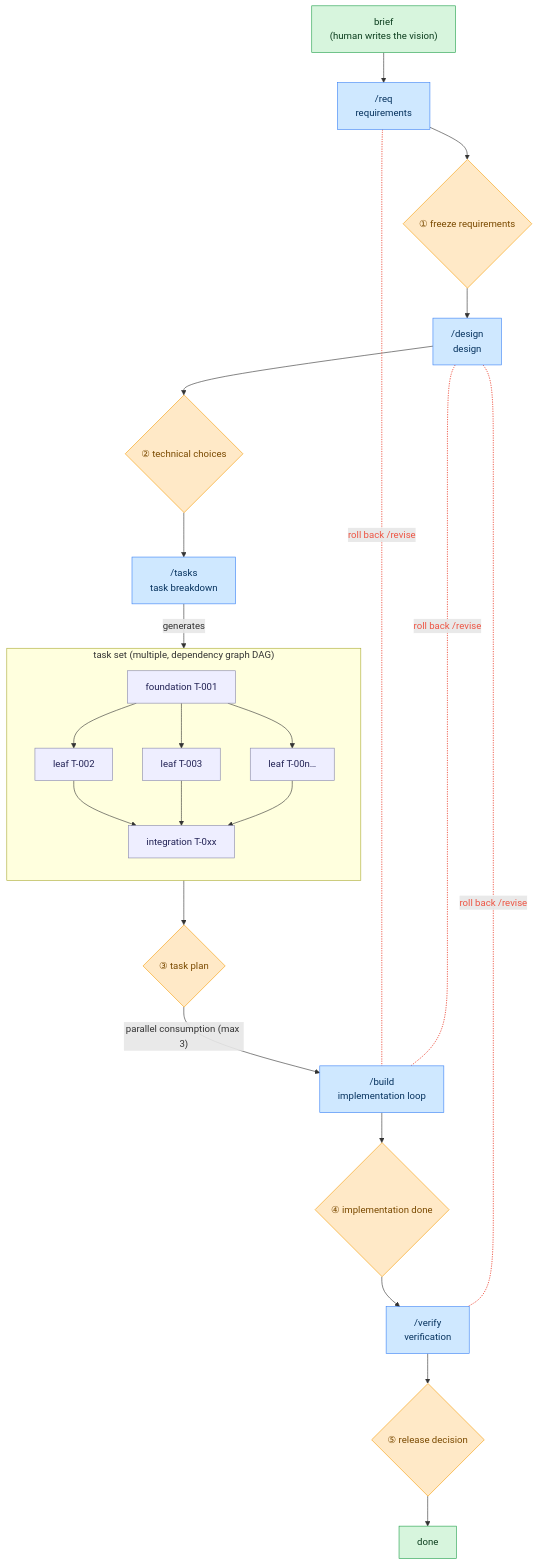
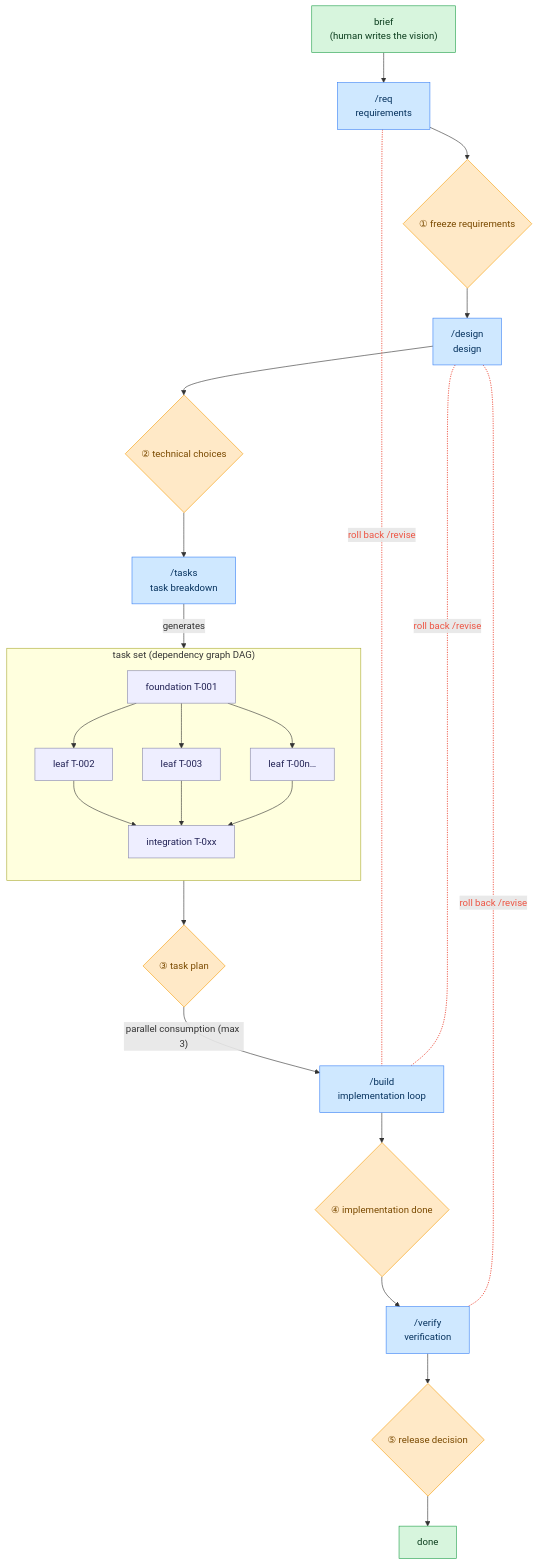
The diagram in README.md (komoroko/AgentLoopTemplate), drawn with Mermaid before and after one commit. The commit also changed other lines of this file and 1 other file, not shown here.

````diff
--- a/README.md
+++ b/README.md
@@ -14,46 +15,46 @@
 ```mermaid
 flowchart TD
     brief["brief<br/>(human writes the vision)"]:::human
     req["/req<br/>requirements"]:::agent
     g1{"① freeze requirements"}:::gate
     design["/design<br/>design"]:::agent
     g2{"② technical choices"}:::gate
     tasks["/tasks<br/>task breakdown"]:::agent
     g3{"③ task plan"}:::gate
     build["/build<br/>implementation loop"]:::agent
     g4{"④ implementation done"}:::gate
     verify["/verify<br/>verification"]:::agent
     g5{"⑤ release decision"}:::gate
     done["done"]:::human
 
-    subgraph TASKS["task set (multiple, dependency graph DAG)"]
+    subgraph TASKS["task set (dependency graph DAG)"]
         direction TD
         T1["foundation T-001"]:::task
         T2["leaf T-002"]:::task
         T3["leaf T-003"]:::task
         Tn["leaf T-00n…"]:::task
         TI["integration T-0xx"]:::task
         T1 --> T2
         T1 --> T3
         T1 --> Tn
         T2 --> TI
         T3 --> TI
         Tn --> TI
     end
 
     brief --> req --> g1 --> design --> g2 --> tasks
     tasks -->|generates| T1
     TI --> g3
     g3 -->|"parallel consumption (max 3)"| build
     build --> g4 --> verify --> g5 --> done
 
     req -. roll back /revise .- build
     design -. roll back /revise .- build
     design -. roll back /revise .- verify
 
     classDef agent fill:#cfe8ff,stroke:#3b82f6,color:#06325e;
     classDef gate fill:#ffe9c7,stroke:#f59e0b,color:#7a4a00;
     classDef human fill:#d7f5dd,stroke:#22a04b,color:#0b3d1d;
     classDef task fill:#eeeeff,stroke:#8888aa,color:#222255;
     linkStyle 18,19,20 stroke:#ee5544,color:#ee5544,stroke-width:1.5px;
 ```
````
